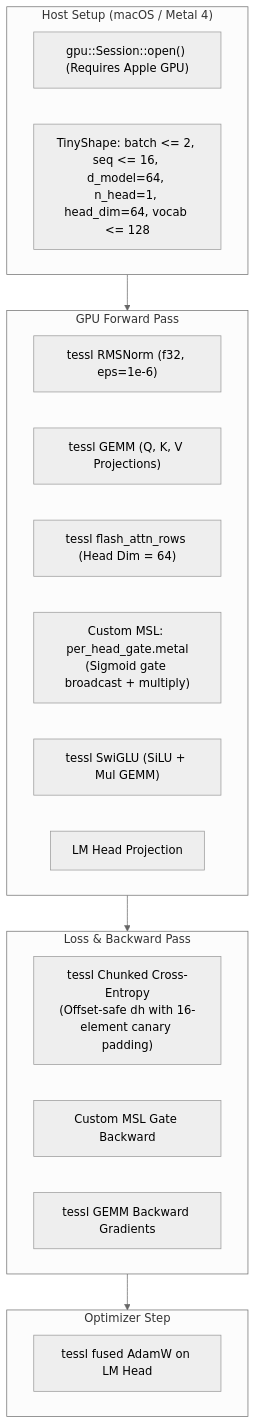
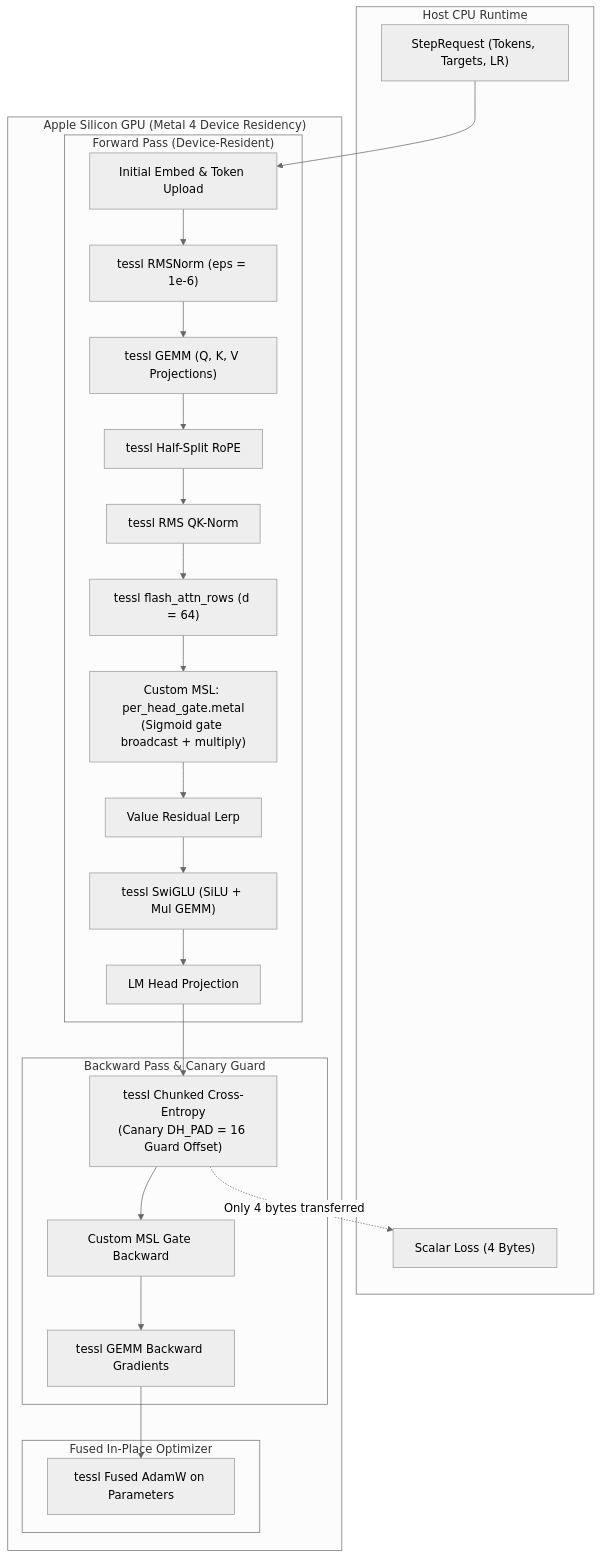
The first of 2 diagrams in ojas-metal/README.md (bharathvbcr/ojas), drawn with Mermaid (neutral theme) before and after one commit. The commit also changed other lines of this file and 341 other files, not shown here.

````diff
--- a/ojas-metal/README.md
+++ b/ojas-metal/README.md
@@ -11,30 +13,38 @@
 ```mermaid
 flowchart TD
-    subgraph HostInit["Host Setup (macOS / Metal 4)"]
-        Open["gpu::Session::open() (Requires Apple GPU)"]
-        Shape["TinyShape: batch <= 2, seq <= 16, d_model=64, n_head=1, head_dim=64, vocab <= 128"]
+    subgraph Host["Host CPU Runtime"]
+        Req["StepRequest (Tokens, Targets, LR)"]
+        Loss["Scalar Loss (4 Bytes)"]
     end
 
-    subgraph GPUForward["GPU Forward Pass"]
-        PreNorm["tessl RMSNorm (f32, eps=1e-6)"]
-        QKV["tessl GEMM (Q, K, V Projections)"]
-        Attn["tessl flash_attn_rows (Head Dim = 64)"]
-        Gate["Custom MSL: per_head_gate.metal\n(Sigmoid gate broadcast + multiply)"]
-        SwiGLU["tessl SwiGLU (SiLU + Mul GEMM)"]
-        Head["LM Head Projection"]
+    subgraph MetalDevice["Apple Silicon GPU (Metal 4 Device Residency)"]
+        subgraph Fwd["Forward Pass (Device-Resident)"]
+            Upload["Initial Embed & Token Upload"]
+            RMS1["tessl RMSNorm (eps = 1e-6)"]
+            QKV["tessl GEMM (Q, K, V Projections)"]
+            RoPE["tessl Half-Split RoPE"]
+            QKN["tessl RMS QK-Norm"]
+            Attn["tessl flash_attn_rows (d = 64)"]
+            Gate["Custom MSL: per_head_gate.metal\n(Sigmoid gate broadcast + multiply)"]
+            VR["Value Residual Lerp"]
+            SwiGLU["tessl SwiGLU (SiLU + Mul GEMM)"]
+            Head["LM Head Projection"]
+        end
+
+        subgraph Bwd["Backward Pass & Canary Guard"]
+            CE["tessl Chunked Cross-Entropy\n(Canary DH_PAD = 16 Guard Offset)"]
+            GateBwd["Custom MSL Gate Backward"]
+            GEMMBwd["tessl GEMM Backward Gradients"]
+        end
+
+        subgraph Opt["Fused In-Place Optimizer"]
+            AdamW["tessl Fused AdamW on Parameters"]
+        end
     end
 
-    subgraph LossBackward["Loss & Backward Pass"]
-        CE["tessl Chunked Cross-Entropy\n(Offset-safe dh with 16-element canary padding)"]
-        BwdGate["Custom MSL Gate Backward"]
-        BwdGEMM["tessl GEMM Backward Gradients"]
-    end
-
-    subgraph Optimizer["Optimizer Step"]
-        AdamW["tessl fused AdamW on LM Head"]
-    end
-
-    HostInit --> GPUForward
-    GPUForward --> LossBackward
-    LossBackward --> Optimizer
+    Req --> Upload
+    Upload --> RMS1
+    RMS1 --> QKV --> RoPE --> QKN --> Attn --> Gate --> VR --> SwiGLU --> Head
+    Head --> CE --> GateBwd --> GEMMBwd --> AdamW
+    CE -.->|Only 4 bytes transferred| Loss
 ```
````
